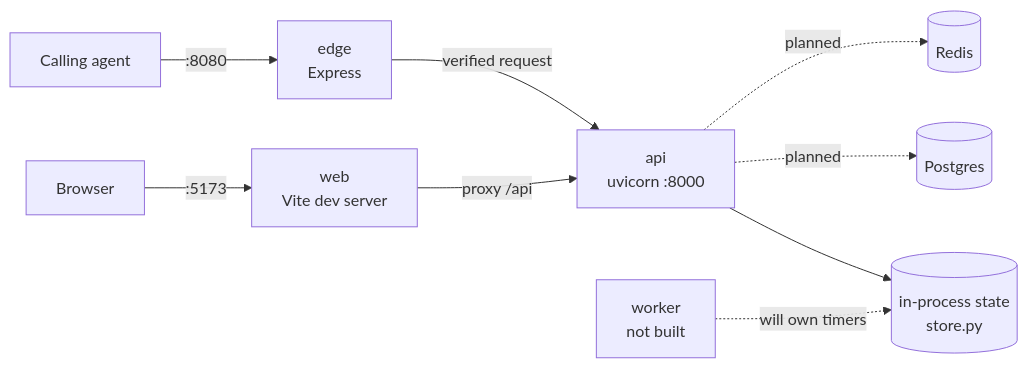
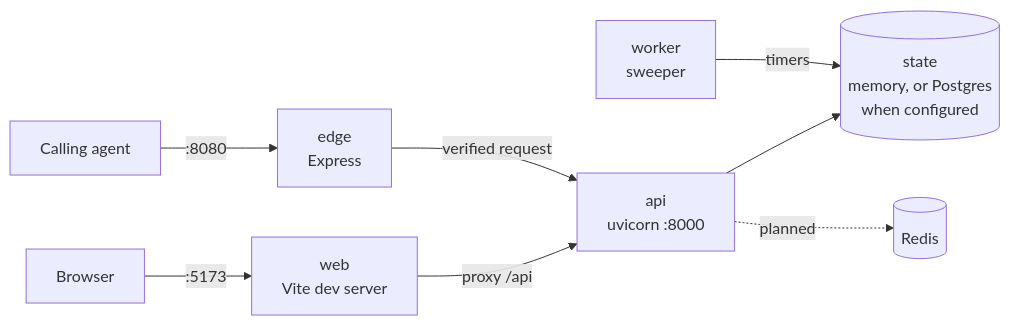
The second of 7 diagrams in docs/ARCHITECTURE.md (vanduc2514/hackathon-circle-misthos), drawn with Mermaid before and after one commit. The commit also changed other lines of this file and 34 other files, not shown here.

````diff
--- a/docs/ARCHITECTURE.md
+++ b/docs/ARCHITECTURE.md
@@ -235,13 +236,12 @@
 ```mermaid
 flowchart LR
     BROWSER["Browser"] -->|":5173"| WEB["web<br/>Vite dev server"]
     AGENT["Calling agent"] -->|":8080"| EDG["edge<br/>Express"]
 
     WEB -->|"proxy /api"| API["api<br/>uvicorn :8000"]
     EDG -->|"verified request"| API
 
-    API --> MEM[("in-process state<br/>store.py")]
-    WORKER["worker<br/>not built"] -.->|"will own timers"| MEM
-    API -.->|"planned"| PG[("Postgres")]
+    API --> ST[("state<br/>memory, or Postgres<br/>when configured")]
+    WORKER["worker<br/>sweeper"] -->|"timers"| ST
     API -.->|"planned"| RD[("Redis")]
 ```
````
